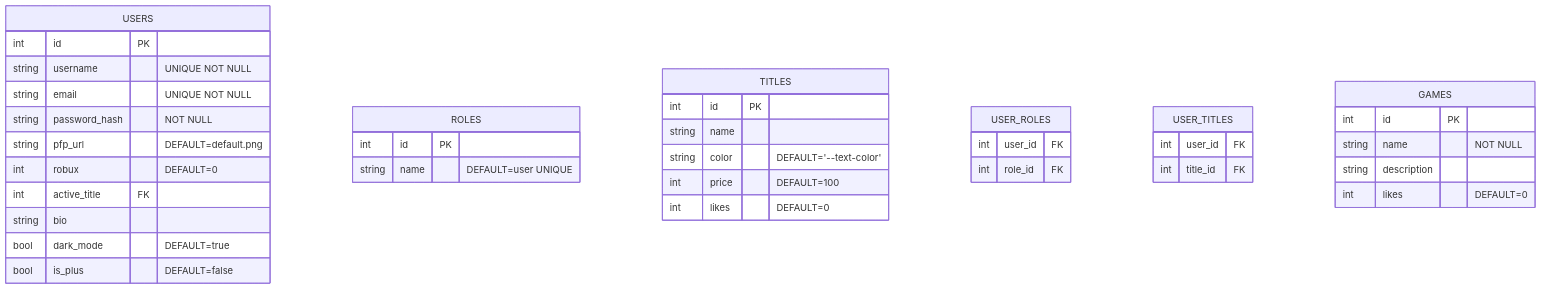
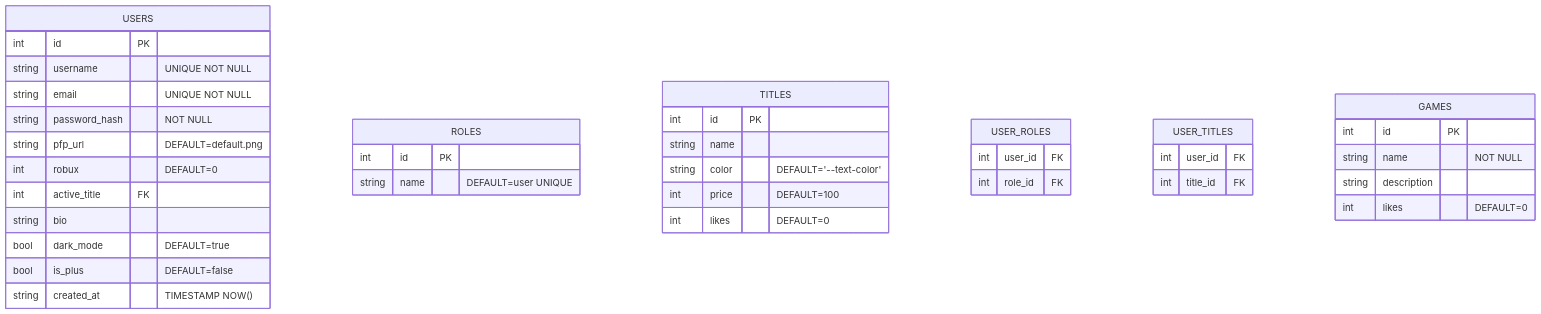
Before and after one commit to edxzyluksz/Roprepo: the diagram in README.md, drawn with Mermaid. The commit also changed 24 other files, not shown here.

Commit message:
feat: Constrói page de charts e profile + ddl de user c/ timestamp

````diff
--- a/README.md
+++ b/README.md
@@ -73,45 +73,46 @@
 ``` mermaid
 erDiagram
     USERS {
         int id PK
         string username "UNIQUE NOT NULL"
         string email "UNIQUE NOT NULL"
         string password_hash "NOT NULL"
         string pfp_url "DEFAULT=default.png"
         int robux "DEFAULT=0"
         int active_title FK
         string bio
         bool dark_mode "DEFAULT=true"
         bool is_plus "DEFAULT=false"
+        string created_at "TIMESTAMP NOW()"
     }
 
     ROLES {
         int id PK
         string name "DEFAULT=user UNIQUE"
     }
 
     TITLES {
         int id PK
         string name
         string color "DEFAULT='--text-color'"
         int price "DEFAULT=100"
         int likes "DEFAULT=0"
     }
 
     USER_ROLES {
         int user_id FK
         int role_id FK
     }
 
     USER_TITLES {
         int user_id FK
         int title_id FK
     }
 
     GAMES {
         int id PK
         string name "NOT NULL"
         string description
         int likes "DEFAULT=0"
     }
 ```
````
